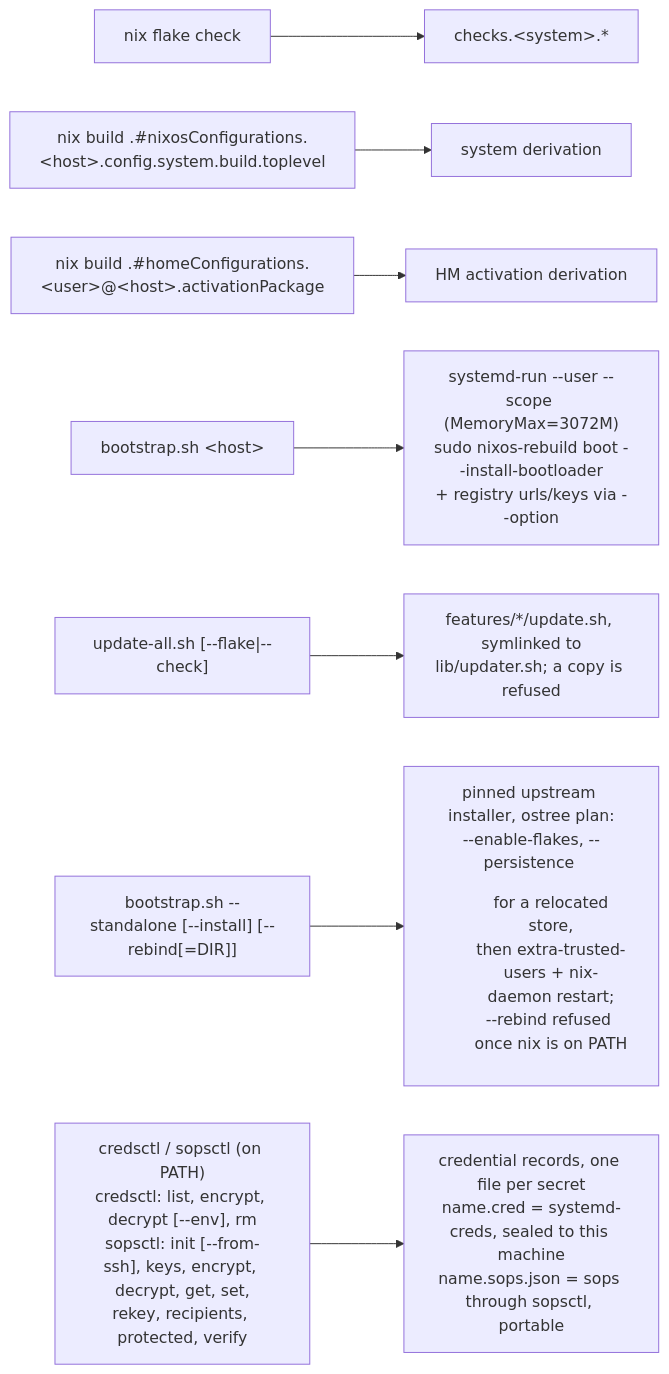
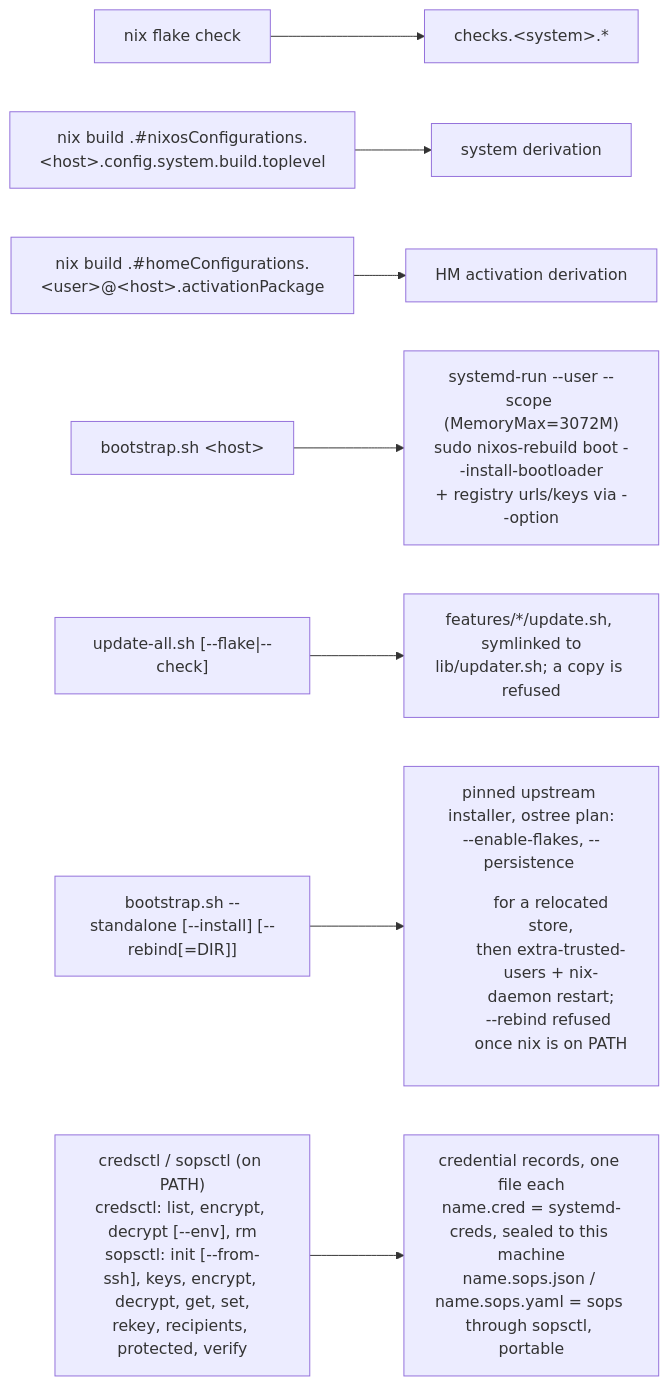
The seventh of 8 diagrams in DESIGN.md (WombatFromHell/automatic-palm-tree), drawn with Mermaid before and after one commit. The commit also changed other lines of this file and 9 other files, not shown here.

Commit message:
Refactor 'sopsctl' and 'credsctl' to enable a cleaner .yaml workflow for secrets

````diff
--- a/DESIGN.md
+++ b/DESIGN.md
@@ -356,10 +356,10 @@
 ```mermaid
 flowchart LR
   E["nix flake check"] --> CK["checks.&lt;system&gt;.*"]
   E2["nix build .#nixosConfigurations.&lt;host&gt;.config.system.build.toplevel"] --> NC["system derivation"]
   E3["nix build .#homeConfigurations.&lt;user&gt;@&lt;host&gt;.activationPackage"] --> HC["HM activation derivation"]
   E4["bootstrap.sh &lt;host&gt;"] --> RB["systemd-run --user --scope (MemoryMax=3072M)<br/>sudo nixos-rebuild boot --install-bootloader<br/>+ registry urls/keys via --option"]
   E5["update-all.sh [--flake|--check]"] --> UP["features/*/update.sh, symlinked to<br/>lib/updater.sh; a copy is refused"]
   E6["bootstrap.sh --standalone [--install] [--rebind[=DIR]]"] --> IN["pinned upstream installer, ostree plan:<br/>--enable-flakes, --persistence <dir> for a relocated store,<br/>then extra-trusted-users + nix-daemon restart;<br/>--rebind refused once nix is on PATH"]
-  E7["credsctl / sopsctl (on PATH)<br/>credsctl: list, encrypt, decrypt [--env], rm<br/>sopsctl: init [--from-ssh], keys, encrypt, decrypt, get, set,<br/>rekey, recipients, protected, verify"] --> CR["credential records, one file per secret<br/>name.cred = systemd-creds, sealed to this machine<br/>name.sops.json = sops through sopsctl, portable"]
+  E7["credsctl / sopsctl (on PATH)<br/>credsctl: list, encrypt, decrypt [--env], rm<br/>sopsctl: init [--from-ssh], keys, encrypt, decrypt, get, set,<br/>rekey, recipients, protected, verify"] --> CR["credential records, one file each<br/>name.cred = systemd-creds, sealed to this machine<br/>name.sops.json / name.sops.yaml = sops through sopsctl, portable"]
 ```
````
